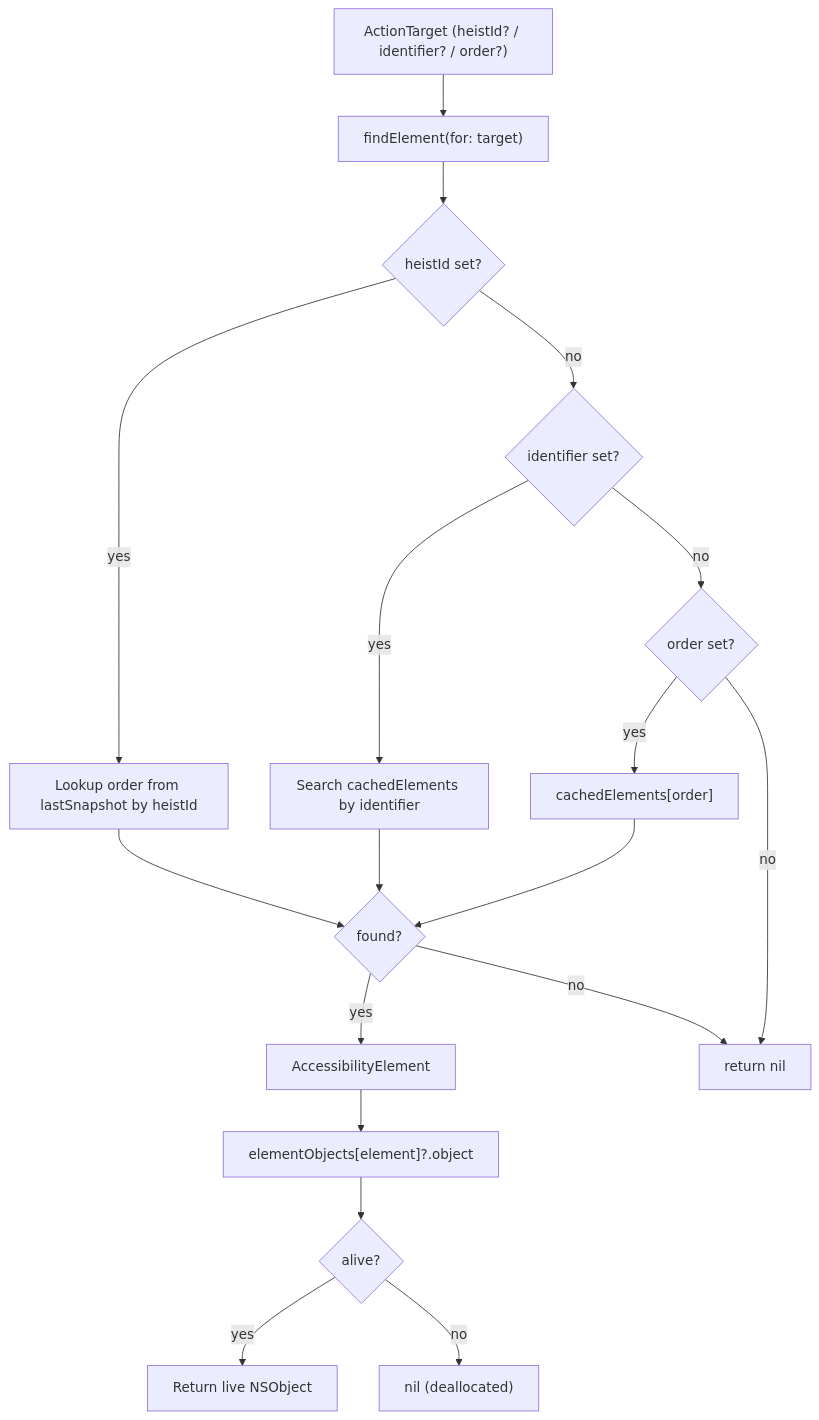
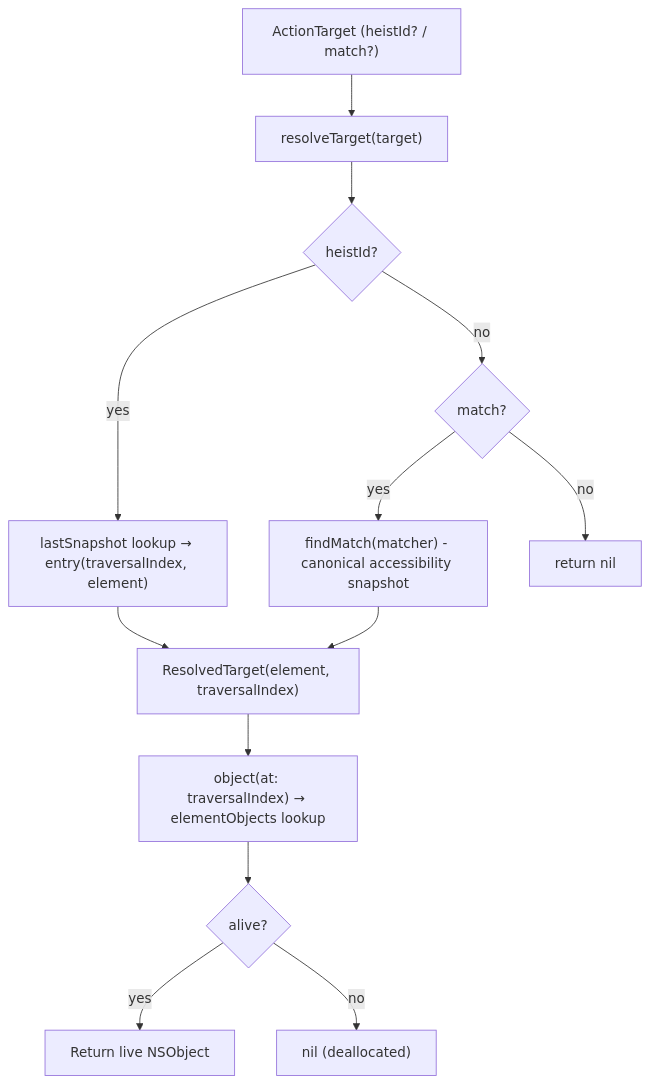
The second of 4 diagrams in docs/dossiers/13-THEBAGMAN.md (RoyalPineapple/TheButtonHeist), drawn with Mermaid before and after one commit. The commit also changed other lines of this file and 26 other files, not shown here.

Commit message:
Unify targeting around snapshot-based search

````diff
--- a/docs/dossiers/13-THEBAGMAN.md
+++ b/docs/dossiers/13-THEBAGMAN.md
@@ -84,22 +85,17 @@
 ```mermaid
 flowchart TD
-    Target["ActionTarget (heistId? / identifier? / order?)"]
-    Target --> FindElem["findElement(for: target)"]
-    FindElem --> ByHeistId{heistId set?}
-    ByHeistId -->|yes| SearchHeistId["Lookup order from lastSnapshot by heistId"]
-    ByHeistId -->|no| ByIdent{identifier set?}
-    ByIdent -->|yes| SearchIdent["Search cachedElements by identifier"]
-    ByIdent -->|no| ByOrder{order set?}
-    ByOrder -->|yes| IndexLookup["cachedElements[order]"]
-    ByOrder -->|no| Nil["return nil"]
-    SearchHeistId --> Found{found?}
-    SearchIdent --> Found
-    IndexLookup --> Found
-    Found -->|yes| Element["AccessibilityElement"]
-    Found -->|no| Nil
+    Target["ActionTarget (heistId? / match?)"]
+    Target --> ResolveTarget["resolveTarget(target)"]
+    ResolveTarget --> ByHeistId{heistId?}
+    ByHeistId -->|yes| SearchHeistId["lastSnapshot lookup → entry(traversalIndex, element)"]
+    ByHeistId -->|no| ByMatch{match?}
+    ByMatch -->|yes| FindMatch["findMatch(matcher) - canonical accessibility snapshot"]
+    ByMatch -->|no| Nil["return nil"]
+    SearchHeistId --> Result["ResolvedTarget(element, traversalIndex)"]
+    FindMatch --> Result
 
-    Element --> LiveObj["elementObjects[element]?.object"]
+    Result --> LiveObj["object(at: traversalIndex) → elementObjects lookup"]
     LiveObj --> Alive{alive?}
     Alive -->|yes| Use["Return live NSObject"]
     Alive -->|no| Stale["nil (deallocated)"]
 ```
````
